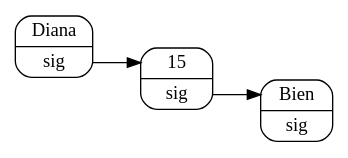
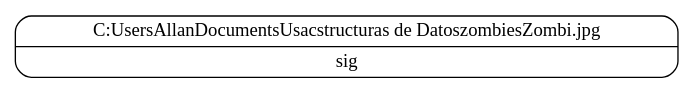
Before and after one commit to AllanAugustS/Practica1s2015_199819880: the diagram in Lista.dot, drawn with Graphviz. The commit also changed 32 other files, not shown here.

```diff
--- a/Lista.dot
+++ b/Lista.dot
@@ -1,8 +1,4 @@
 digraph lista{
  rankdir=LR;node [shape = record, style=rounded];
-struct0 [label="<f0>Diana|<f1>sig"];
-struct1 [label="<f0>15|<f1>sig"];
-struct2 [label="<f0>Bien|<f1>sig"];
-struct0:f1->struct1:f0;
-struct1:f1->struct2:f0;
+struct0 [label="<f0>C:\Users\Allan\Documents\Usac\Estructuras de Datos\zombies\Zombi.jpg|<f1>sig"];
 }
```
